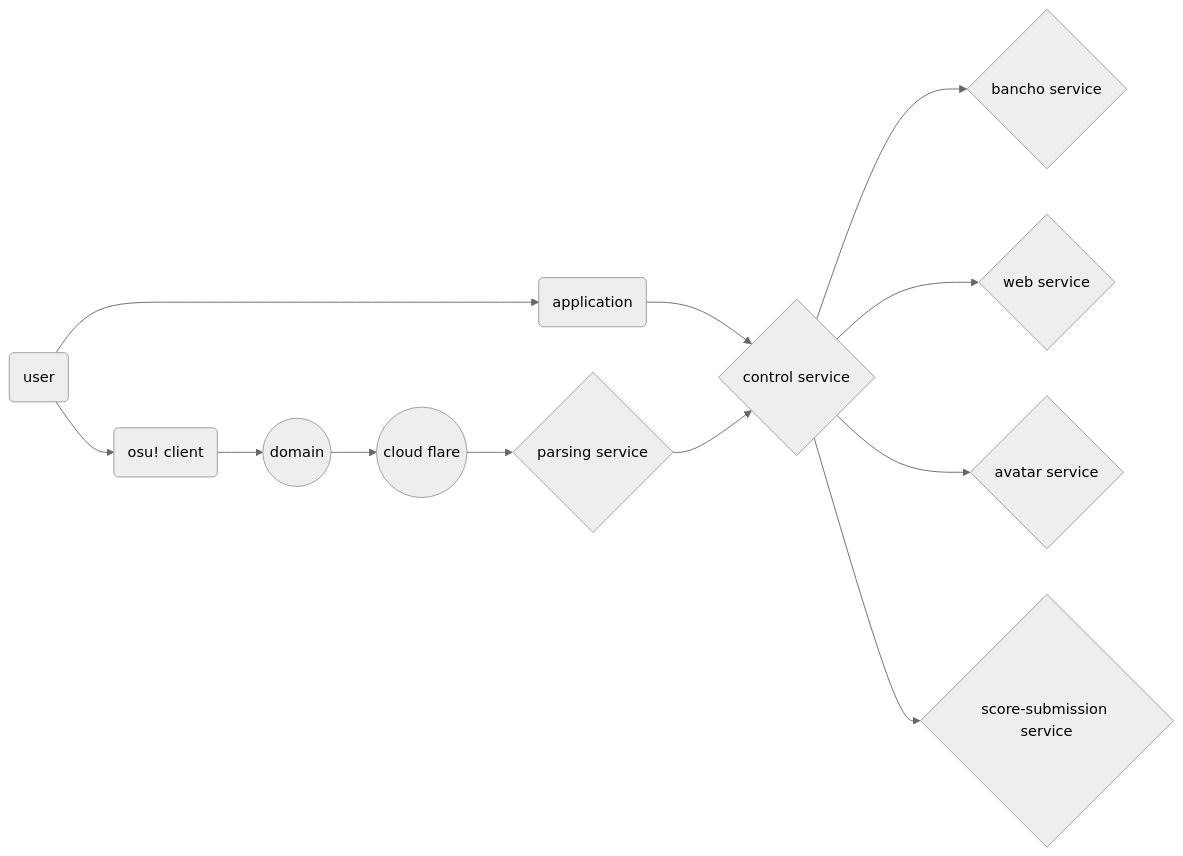
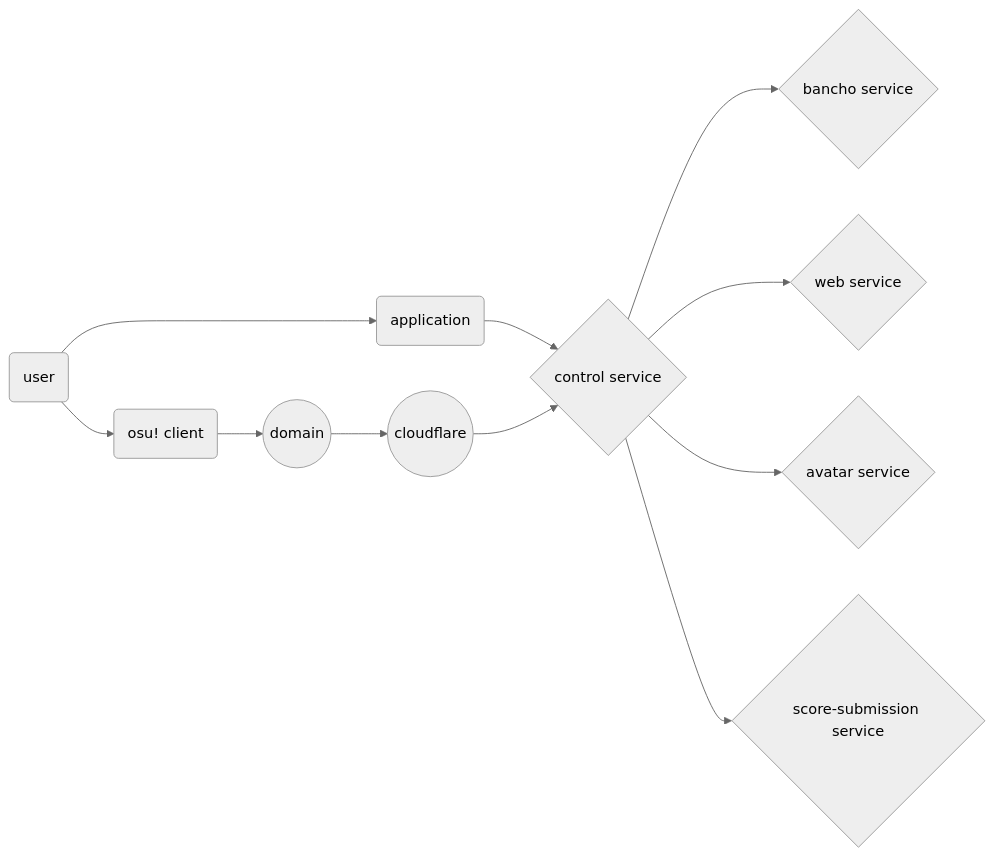
One commit to jeevanjohnson/local-osu-server changed the first of 2 diagrams in README.md. Above: the diagram before and after it, drawn with Mermaid (neutral theme). The commit also changed 6 other files, not shown here.

````diff
--- a/README.md
+++ b/README.md
@@ -8,24 +8,23 @@
 ```mermaid
 flowchart LR
 USER(user)
 APPLICATION(application)
 OSU_CLIENT(osu! client)
-PARSING_SERVICE{parsing service} 
 BANCHO_SERVICE{bancho service}
 WEB_SERVICE{web service}
 AVATAR_SERVICE{avatar service}
 CONTROL_POINT{control service}
 SCORE_SUBMISSION_SERVICE{score-submission service}
 DOMAIN((domain))
-CLOUD_FLARE((cloud flare))
+CLOUD_FLARE((cloudflare))
 
 %% =================================
 USER --> APPLICATION --> CONTROL_POINT
 
-USER --> OSU_CLIENT --> DOMAIN --> CLOUD_FLARE --> PARSING_SERVICE --> CONTROL_POINT
+USER --> OSU_CLIENT --> DOMAIN --> CLOUD_FLARE  --> CONTROL_POINT
 
 CONTROL_POINT --> BANCHO_SERVICE
 CONTROL_POINT --> WEB_SERVICE
 CONTROL_POINT --> AVATAR_SERVICE
 CONTROL_POINT --> SCORE_SUBMISSION_SERVICE
 ```
````
